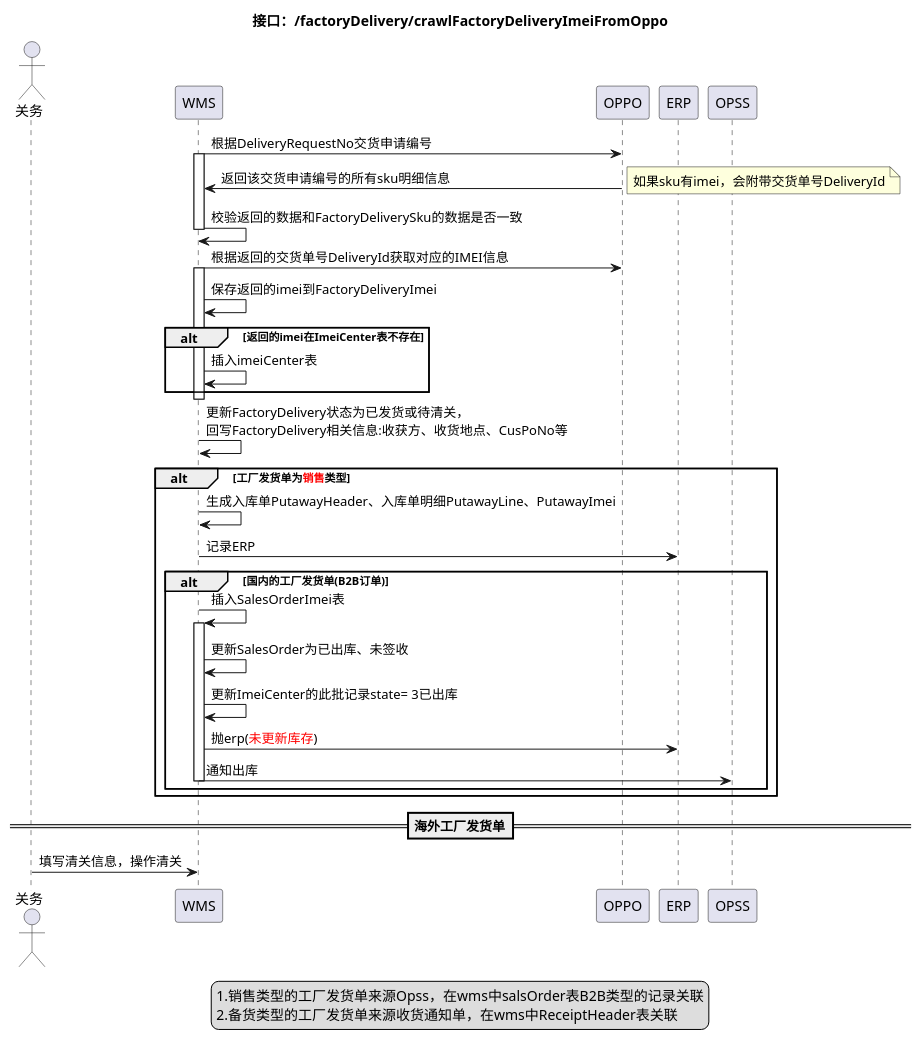
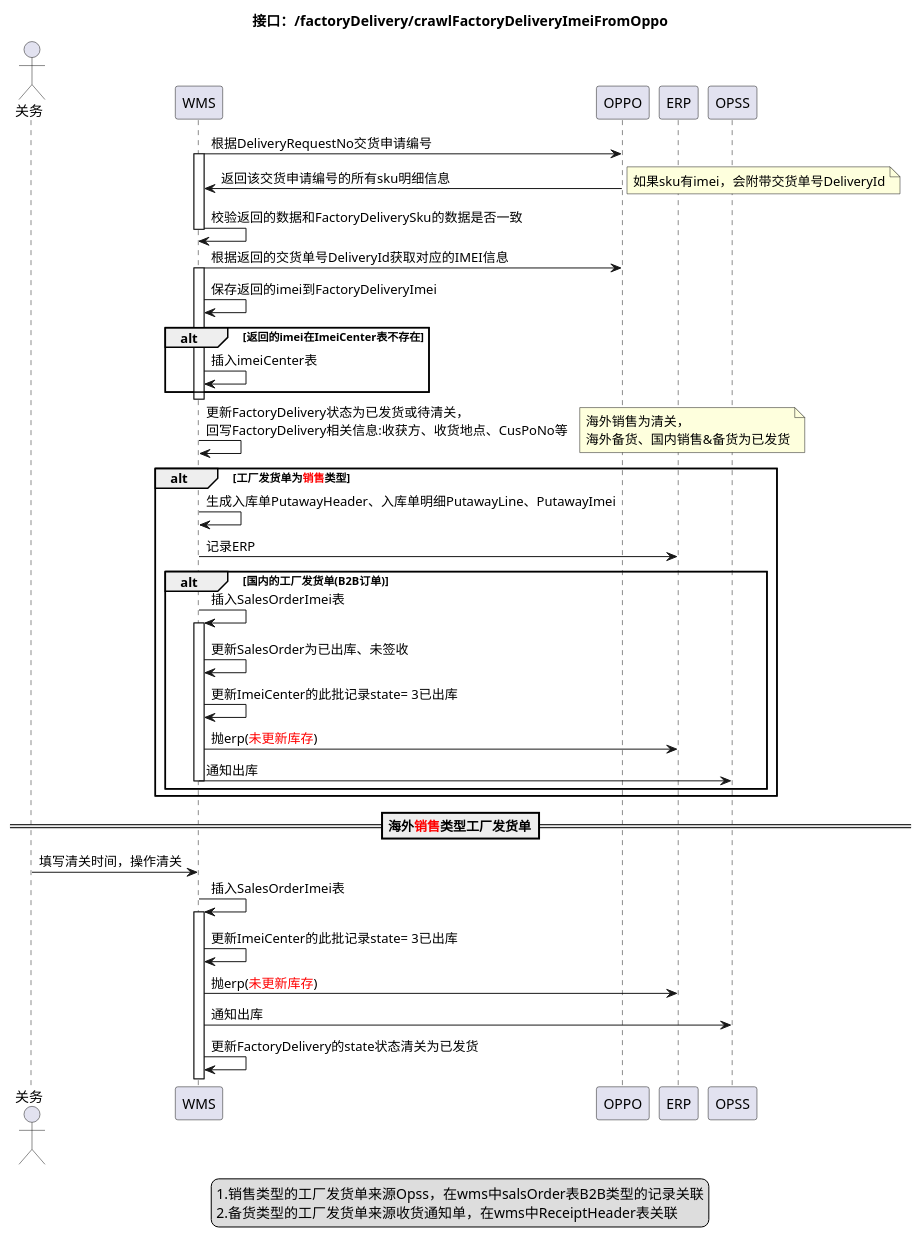
Before and after one commit to newbigTech/myDesignPattern: the diagram in uml/wms/factoryDelivery/factoryDelivery-seq.puml, drawn with PlantUML.

Commit message:
uml图

```diff
--- a/uml/wms/factoryDelivery/factoryDelivery-seq.puml
+++ b/uml/wms/factoryDelivery/factoryDelivery-seq.puml
@@ -1,48 +1,58 @@
 @startuml
 
 title 接口：/factoryDelivery/crawlFactoryDeliveryImeiFromOppo
 
 actor 关务 as somebody
 
 WMS -> OPPO:根据DeliveryRequestNo交货申请编号
 activate WMS
 OPPO -> WMS:返回该交货申请编号的所有sku明细信息
 note right
 如果sku有imei，会附带交货单号DeliveryId
 end note
 WMS -> WMS:校验返回的数据和FactoryDeliverySku的数据是否一致
 
 deactivate WMS
 
 
 WMS -> OPPO:根据返回的交货单号DeliveryId获取对应的IMEI信息
 activate WMS
 WMS -> WMS:保存返回的imei到FactoryDeliveryImei
 alt 返回的imei在ImeiCenter表不存在
 WMS->WMS:插入imeiCenter表
 end
 deactivate WMS
 
 WMS -> WMS:更新FactoryDelivery状态为已发货或待清关，\n回写FactoryDelivery相关信息:收获方、收货地点、CusPoNo等
-
+note right
+海外销售为清关，
+海外备货、国内销售&备货为已发货
+end note
 alt 工厂发货单为<font color=red>销售</font>类型
    WMS -> WMS:生成入库单PutawayHeader、入库单明细PutawayLine、PutawayImei
    WMS -> ERP:记录ERP
    alt 国内的工厂发货单(B2B订单)
         WMS -> WMS:插入SalesOrderImei表
         activate WMS
         WMS -> WMS:更新SalesOrder为已出库、未签收
         WMS -> WMS:更新ImeiCenter的此批记录state= 3已出库
         WMS -> ERP:抛erp(<font color=red>未更新库存</font>)
         WMS -> OPSS:通知出库
         deactivate WMS
    end
 end
-==海外工厂发货单==
-somebody -> WMS:填写清关信息，操作清关
+==海外<font color=red>销售</font>类型工厂发货单==
+somebody -> WMS:填写清关时间，操作清关
+WMS -> WMS:插入SalesOrderImei表
+activate WMS
+WMS -> WMS:更新ImeiCenter的此批记录state= 3已出库
+WMS -> ERP:抛erp(<font color=red>未更新库存</font>)
+WMS -> OPSS:通知出库
+WMS -> WMS:更新FactoryDelivery的state状态清关为已发货
+deactivate somebody
 
 legend center
 1.销售类型的工厂发货单来源Opss，在wms中salsOrder表B2B类型的记录关联
 2.备货类型的工厂发货单来源收货通知单，在wms中ReceiptHeader表关联
 end legend
 @enduml
```
